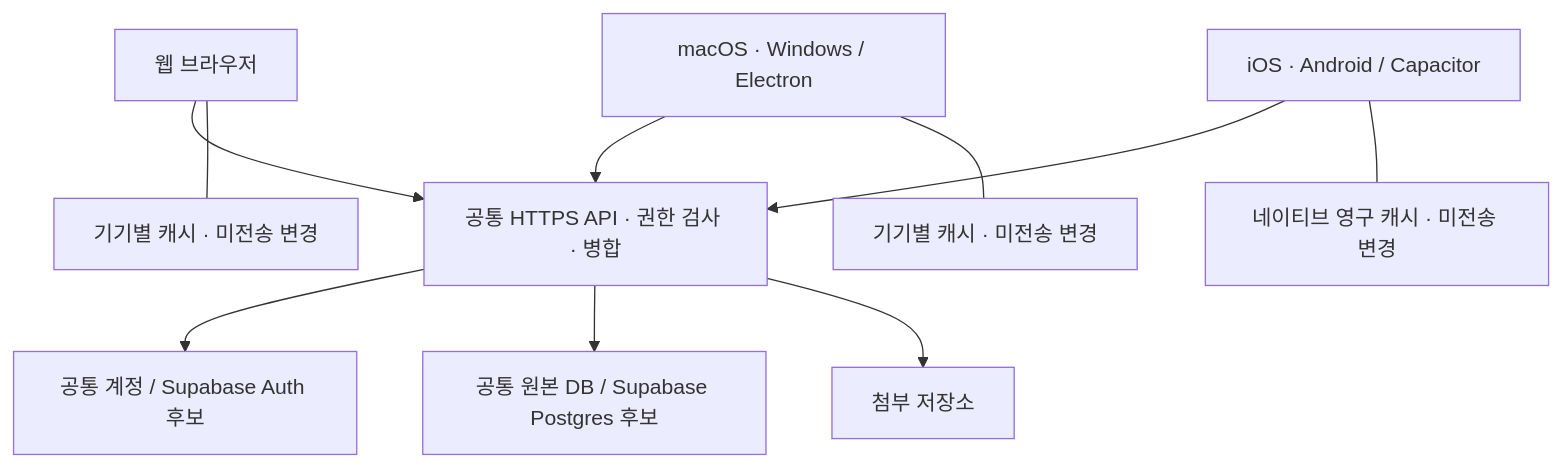
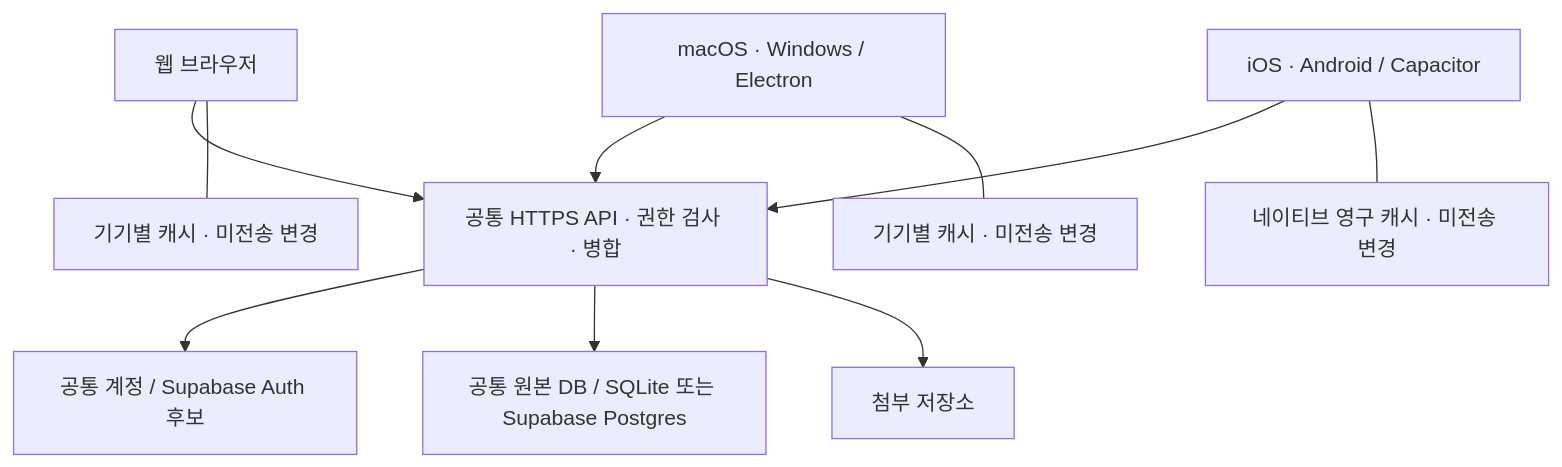
One commit to hooni-dev-0104/fountain changed the diagram in docs/PLATFORMS.md. Above: the diagram before and after it, drawn with Mermaid. The commit also changed other lines of this file and 3 other files, not shown here.

````diff
--- a/docs/PLATFORMS.md
+++ b/docs/PLATFORMS.md
@@ -29,12 +29,12 @@
 ```mermaid
 flowchart TD
   W[웹 브라우저] --> API[공통 HTTPS API · 권한 검사 · 병합]
   D[macOS · Windows / Electron] --> API
   M[iOS · Android / Capacitor] --> API
   W --- WC[기기별 캐시 · 미전송 변경]
   D --- DC[기기별 캐시 · 미전송 변경]
   M --- MC[네이티브 영구 캐시 · 미전송 변경]
   API --> AUTH[공통 계정 / Supabase Auth 후보]
-  API --> DB[공통 원본 DB / Supabase Postgres 후보]
+  API --> DB[공통 원본 DB / SQLite 또는 Supabase Postgres]
   API --> FILES[첨부 저장소]
 ```
````
